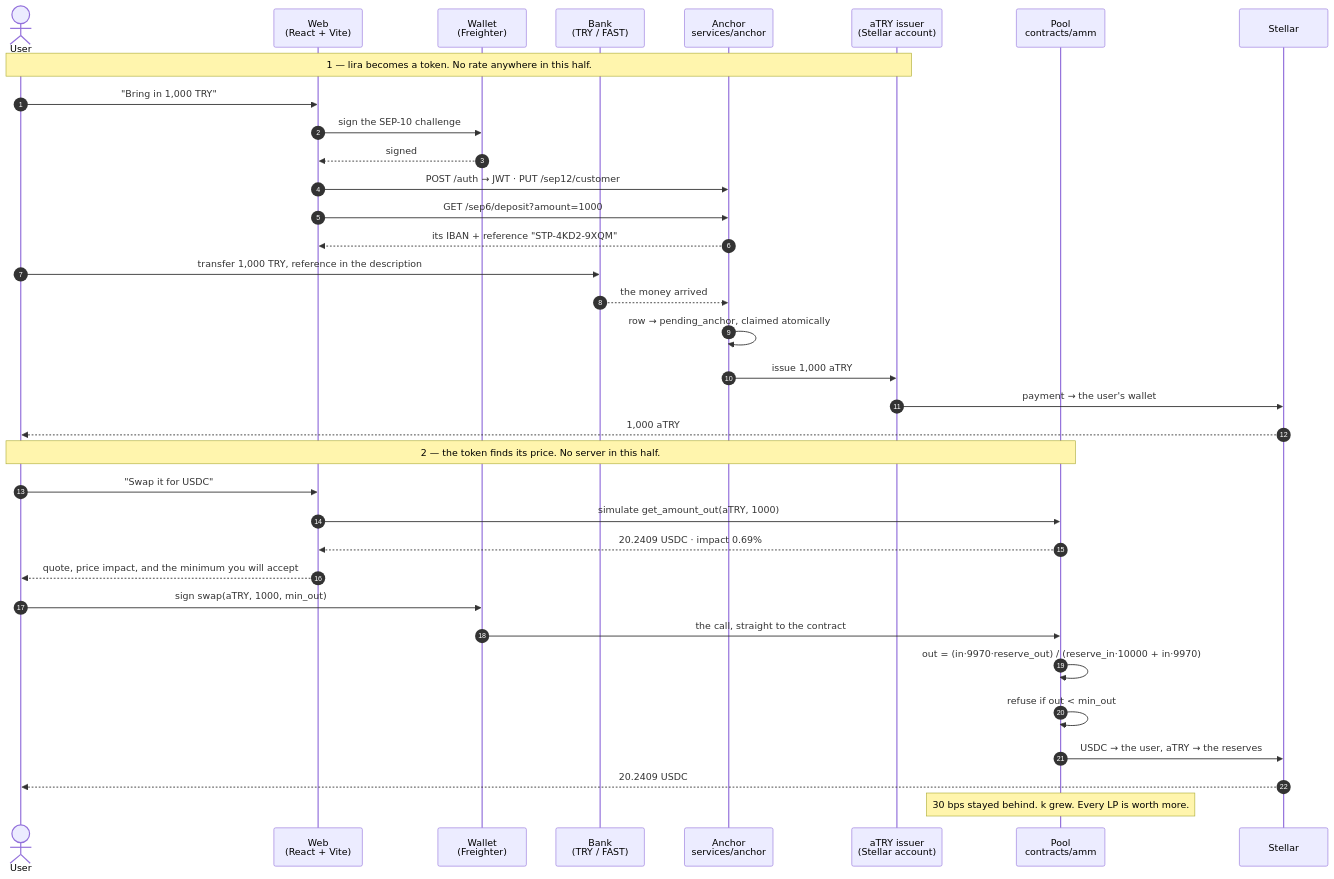
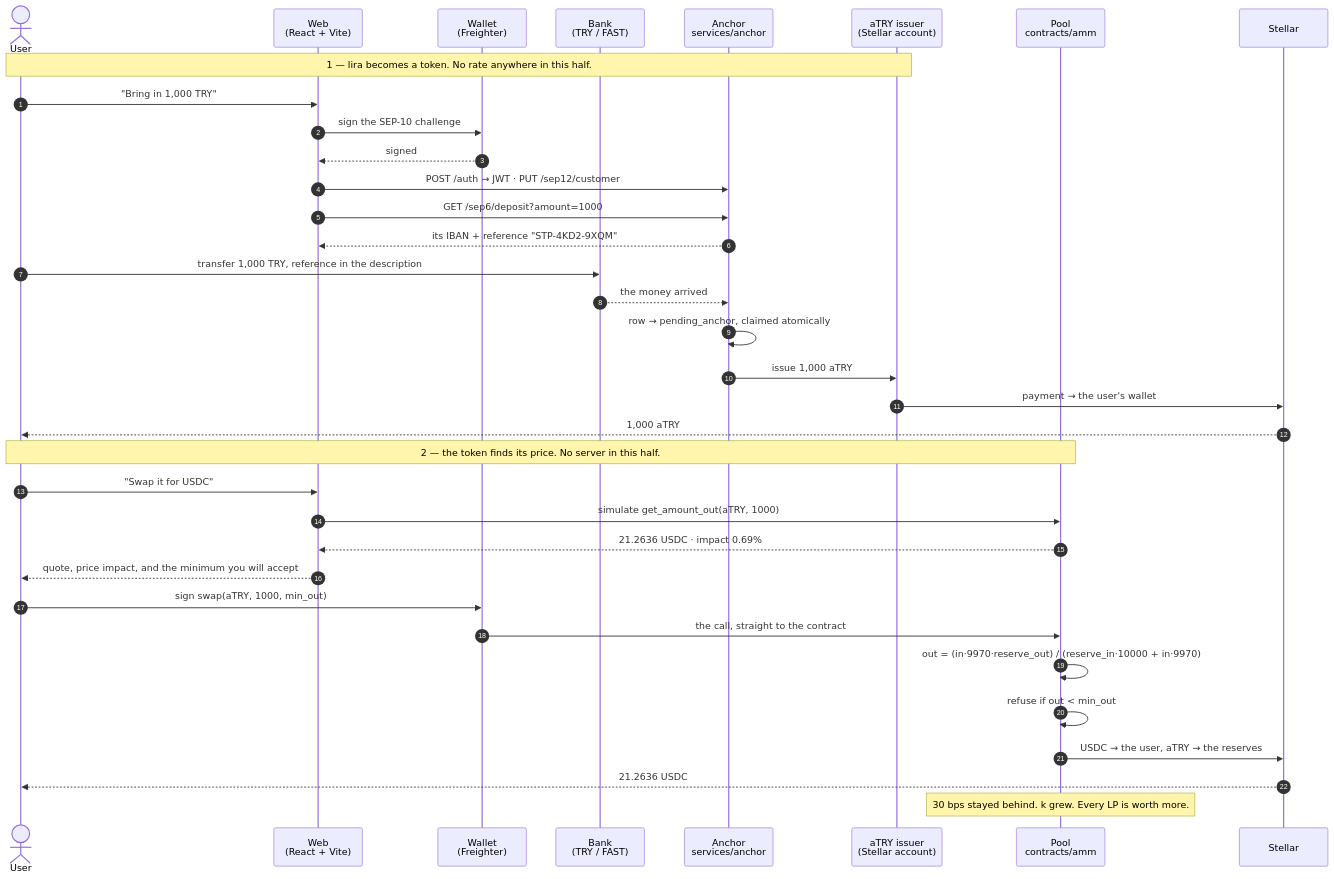
The diagram in README.md (Omeraydognn/Stelpools), drawn with Mermaid before and after one commit. The commit also changed other lines of this file and 1 other file, not shown here.

````diff
--- a/README.md
+++ b/README.md
@@ -129,39 +129,39 @@
 ```mermaid
 sequenceDiagram
     autonumber
     actor U as User
     participant W as Web<br/>(React + Vite)
     participant K as Wallet<br/>(Freighter)
     participant B as Bank<br/>(TRY / FAST)
     participant A as Anchor<br/>services/anchor
     participant I as aTRY issuer<br/>(Stellar account)
     participant P as Pool<br/>contracts/amm
     participant S as Stellar
 
     Note over U,I: 1 — lira becomes a token. No rate anywhere in this half.
     U->>W: "Bring in 1,000 TRY"
     W->>K: sign the SEP-10 challenge
     K-->>W: signed
     W->>A: POST /auth → JWT · PUT /sep12/customer
     W->>A: GET /sep6/deposit?amount=1000
     A-->>W: its IBAN + reference "STP-4KD2-9XQM"
     U->>B: transfer 1,000 TRY, reference in the description
     B-->>A: the money arrived
     A->>A: row → pending_anchor, claimed atomically
     A->>I: issue 1,000 aTRY
     I->>S: payment → the user's wallet
     S-->>U: 1,000 aTRY
 
     Note over U,P: 2 — the token finds its price. No server in this half.
     U->>W: "Swap it for USDC"
     W->>P: simulate get_amount_out(aTRY, 1000)
-    P-->>W: 20.2409 USDC · impact 0.69%
+    P-->>W: 21.2636 USDC · impact 0.69%
     W-->>U: quote, price impact, and the minimum you will accept
     U->>K: sign swap(aTRY, 1000, min_out)
     K->>P: the call, straight to the contract
     P->>P: out = (in·9970·reserve_out) / (reserve_in·10000 + in·9970)
     P->>P: refuse if out < min_out
     P->>S: USDC → the user, aTRY → the reserves
-    S-->>U: 20.2409 USDC
+    S-->>U: 21.2636 USDC
     Note over P: 30 bps stayed behind. k grew. Every LP is worth more.
 ```
````
